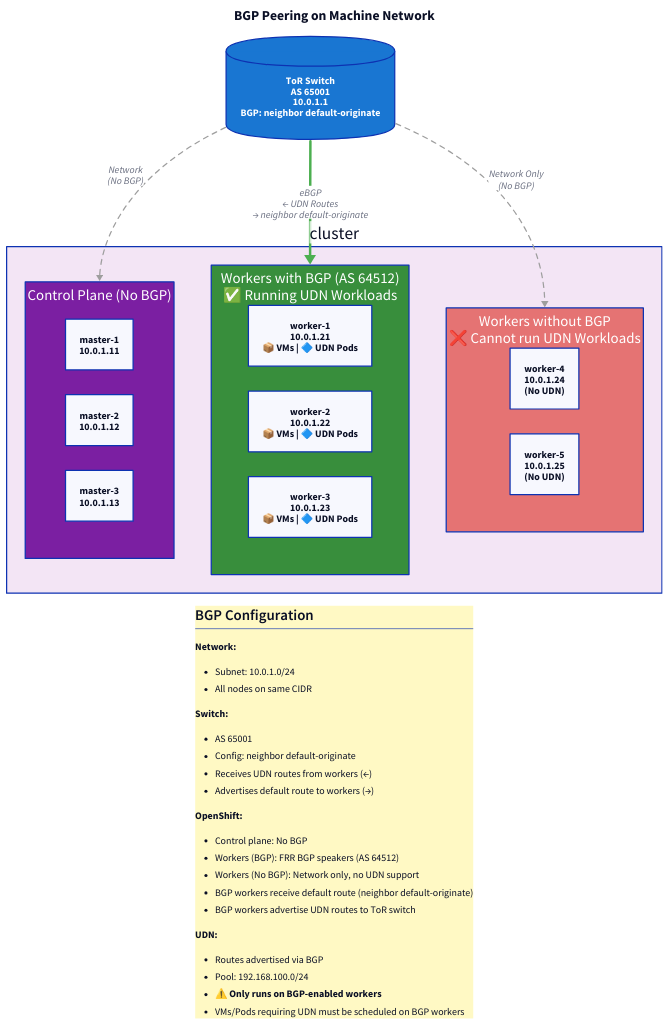
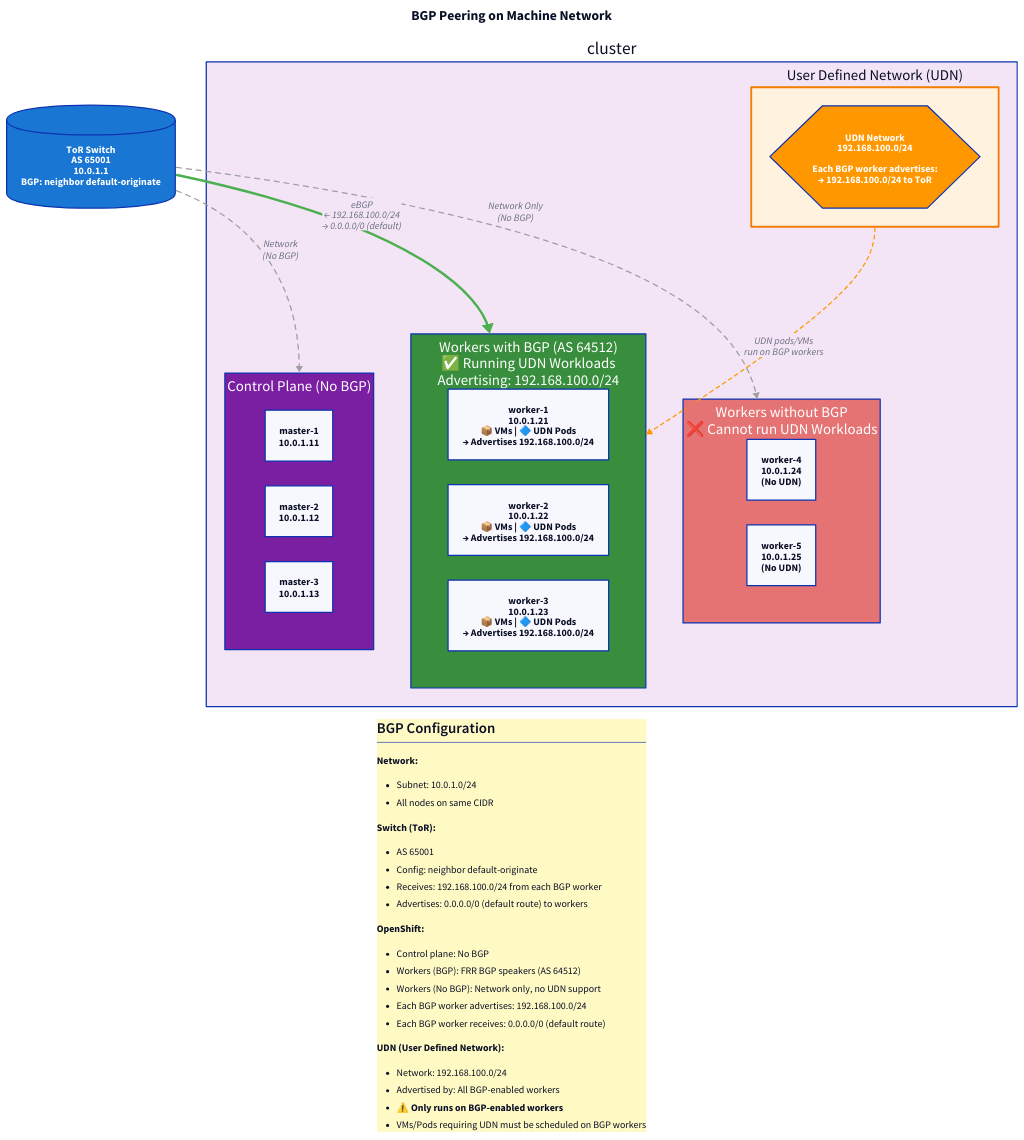
One commit to mathianasj/bgp-udn-references changed the diagram in simple-bgp-config.d2. Above: the diagram before and after it, drawn with D2. The commit also changed 1 other file, not shown here.

Commit message:
Add UDN network and explicit BGP prefix advertisements
Shows UDN (192.168.100.0/24) as a distinct network component with each BGP worker advertising the full /24 prefix to the ToR switch. Updated to show specific routes advertised rather than generic "UDN Routes".

```diff
--- a/simple-bgp-config.d2
+++ b/simple-bgp-config.d2
@@ -1,104 +1,124 @@
 # BGP Peering on Machine Network
 title: BGP Peering on Machine Network {
   near: top-center
   shape: text
   style.font-size: 22
   style.bold: true
 }
 
 direction: down
 
 # Switch
 switch: "ToR Switch\nAS 65001\n10.0.1.1\nBGP: neighbor default-originate" {
   shape: cylinder
   style.fill: "#1976d2"
   style.font-color: white
 }
 
 # OpenShift Cluster
 cluster: {
   style.fill: "#f3e5f5"
 
   masters: {
     label: "Control Plane (No BGP)"
     style.fill: "#7b1fa2"
     style.font-color: white
 
     grid-rows: 3
     master1: "master-1\n10.0.1.11"
     master2: "master-2\n10.0.1.12"
     master3: "master-3\n10.0.1.13"
   }
 
   workers_bgp: {
-    label: "Workers with BGP (AS 64512)\n✅ Running UDN Workloads"
+    label: "Workers with BGP (AS 64512)\n✅ Running UDN Workloads\nAdvertising: 192.168.100.0/24"
     style.fill: "#388e3c"
     style.font-color: white
 
     grid-rows: 3
-    worker1: "worker-1\n10.0.1.21\n📦 VMs | 🔷 UDN Pods"
-    worker2: "worker-2\n10.0.1.22\n📦 VMs | 🔷 UDN Pods"
-    worker3: "worker-3\n10.0.1.23\n📦 VMs | 🔷 UDN Pods"
+    worker1: "worker-1\n10.0.1.21\n📦 VMs | 🔷 UDN Pods\n→ Advertises 192.168.100.0/24"
+    worker2: "worker-2\n10.0.1.22\n📦 VMs | 🔷 UDN Pods\n→ Advertises 192.168.100.0/24"
+    worker3: "worker-3\n10.0.1.23\n📦 VMs | 🔷 UDN Pods\n→ Advertises 192.168.100.0/24"
   }
 
   workers_no_bgp: {
     label: "Workers without BGP\n❌ Cannot run UDN Workloads"
     style.fill: "#e57373"
     style.font-color: white
 
     grid-rows: 2
     worker4: "worker-4\n10.0.1.24\n(No UDN)"
     worker5: "worker-5\n10.0.1.25\n(No UDN)"
   }
+
+  udn: {
+    label: "User Defined Network (UDN)"
+    style.fill: "#fff3e0"
+    style.stroke: "#f57c00"
+    style.stroke-width: 3
+
+    udn_net: "UDN Network\n192.168.100.0/24\n\nEach BGP worker advertises:\n→ 192.168.100.0/24 to ToR" {
+      shape: hexagon
+      style.fill: "#ff9800"
+      style.font-color: white
+    }
+  }
 }
 
 # Network connection (no BGP)
 switch -> cluster.masters: "Network\n(No BGP)" {
   style.stroke: "#9e9e9e"
   style.stroke-width: 2
   style.stroke-dash: 4
 }
 
 # BGP Peering (BGP-enabled workers only)
-switch -> cluster.workers_bgp: "eBGP\n← UDN Routes\n→ neighbor default-originate" {
+switch -> cluster.workers_bgp: "eBGP\n← 192.168.100.0/24\n→ 0.0.0.0/0 (default)" {
   style.stroke: "#4caf50"
   style.stroke-width: 4
+}
+
+# UDN to BGP workers
+cluster.udn -> cluster.workers_bgp: "UDN pods/VMs\nrun on BGP workers" {
+  style.stroke: "#ff9800"
+  style.stroke-width: 2
+  style.stroke-dash: 3
 }
 
 # Network only (No BGP workers)
 switch -> cluster.workers_no_bgp: "Network Only\n(No BGP)" {
   style.stroke: "#9e9e9e"
   style.stroke-width: 2
   style.stroke-dash: 4
 }
 
 # Configuration Summary
 config: |md
   ## BGP Configuration
 
   **Network:**
   - Subnet: 10.0.1.0/24
   - All nodes on same CIDR
 
-  **Switch:**
+  **Switch (ToR):**
   - AS 65001
   - Config: neighbor default-originate
-  - Receives UDN routes from workers (←)
-  - Advertises default route to workers (→)
+  - Receives: 192.168.100.0/24 from each BGP worker
+  - Advertises: 0.0.0.0/0 (default route) to workers
 
   **OpenShift:**
   - Control plane: No BGP
   - Workers (BGP): FRR BGP speakers (AS 64512)
   - Workers (No BGP): Network only, no UDN support
-  - BGP workers receive default route (neighbor default-originate)
-  - BGP workers advertise UDN routes to ToR switch
+  - Each BGP worker advertises: 192.168.100.0/24
+  - Each BGP worker receives: 0.0.0.0/0 (default route)
 
-  **UDN:**
-  - Routes advertised via BGP
-  - Pool: 192.168.100.0/24
+  **UDN (User Defined Network):**
+  - Network: 192.168.100.0/24
+  - Advertised by: All BGP-enabled workers
   - ⚠️ **Only runs on BGP-enabled workers**
   - VMs/Pods requiring UDN must be scheduled on BGP workers
 | {
   near: bottom-center
   style.fill: "#fff9c4"
 }
```
